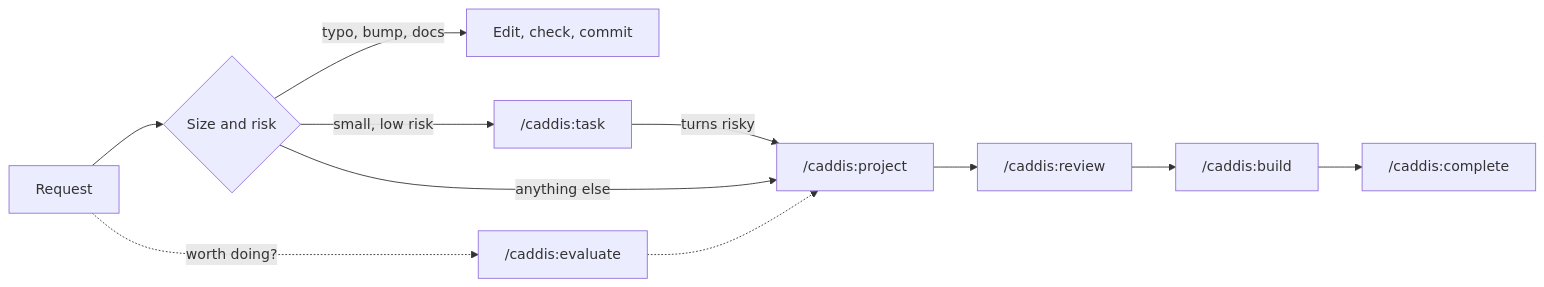
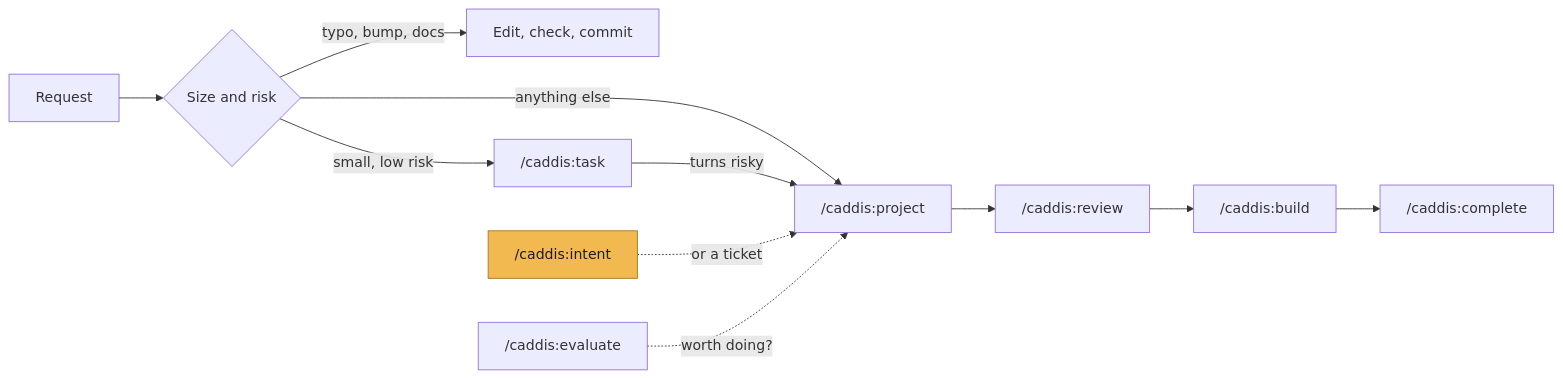
One commit to adivmaimon/Caddis changed the first of 2 diagrams in README.md. Above: the diagram before and after it, drawn with Mermaid. The commit also changed other lines of this file, not shown here.

Commit message:
docs(readme): show intent in the workflow chart, simplify the product flow

````diff
--- a/README.md
+++ b/README.md
@@ -53,12 +54,15 @@
 ```mermaid
 flowchart LR
   R[Request] --> S{Size and risk}
   S -->|typo, bump, docs| Q[Edit, check, commit]
   S -->|small, low risk| T["/caddis:task"]
   S -->|anything else| P["/caddis:project"]
-  R -.->|worth doing?| E["/caddis:evaluate"] -.-> P
   T -->|turns risky| P
+  I["/caddis:intent"] -.->|or a ticket| P
+  E["/caddis:evaluate"] -.->|worth doing?| P
   P --> V["/caddis:review"]
   V --> B["/caddis:build"]
   B --> C["/caddis:complete"]
+  classDef po fill:#f2b950,stroke:#a8741a,color:#1b1b1f
+  class I po
 ```
````
